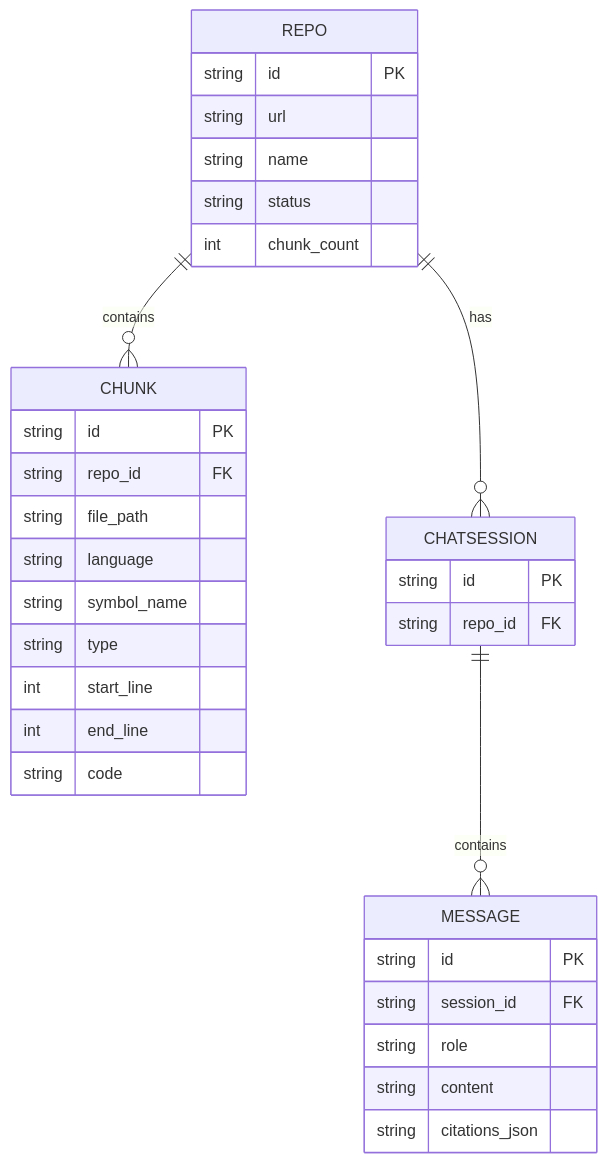
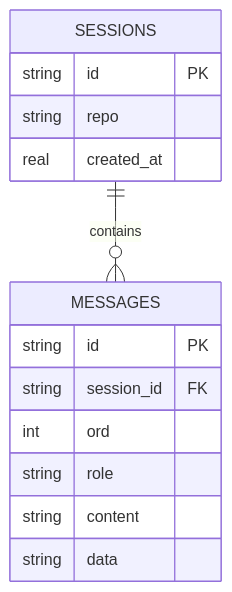
Before and after one commit to Gauthambinoy20/Glyph: the fourth of 6 diagrams in docs/TECHNICAL_REPORT.md, drawn with Mermaid. The commit also changed other lines of this file, not shown here.

````diff
--- a/docs/TECHNICAL_REPORT.md
+++ b/docs/TECHNICAL_REPORT.md
@@ -165,35 +166,17 @@
 ```mermaid
 erDiagram
-    REPO ||--o{ CHUNK : contains
-    REPO ||--o{ CHATSESSION : has
-    CHATSESSION ||--o{ MESSAGE : contains
-    REPO {
+    SESSIONS ||--o{ MESSAGES : contains
+    SESSIONS {
       string id PK
-      string url
-      string name
-      string status
-      int chunk_count
+      string repo
+      real created_at
     }
-    CHUNK {
-      string id PK
-      string repo_id FK
-      string file_path
-      string language
-      string symbol_name
-      string type
-      int start_line
-      int end_line
-      string code
-    }
-    CHATSESSION {
-      string id PK
-      string repo_id FK
-    }
-    MESSAGE {
+    MESSAGES {
       string id PK
       string session_id FK
+      int ord
       string role
       string content
-      string citations_json
+      string data
     }
 ```
````
